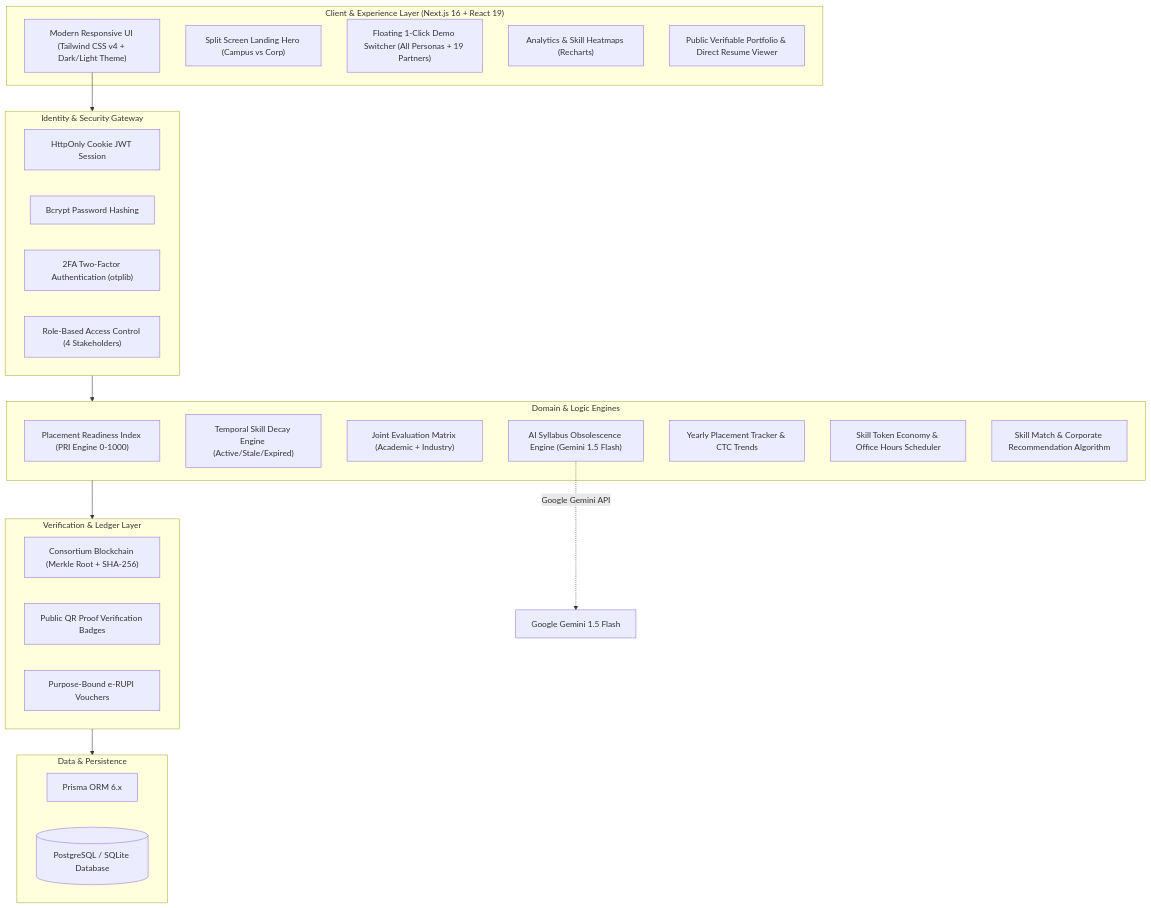
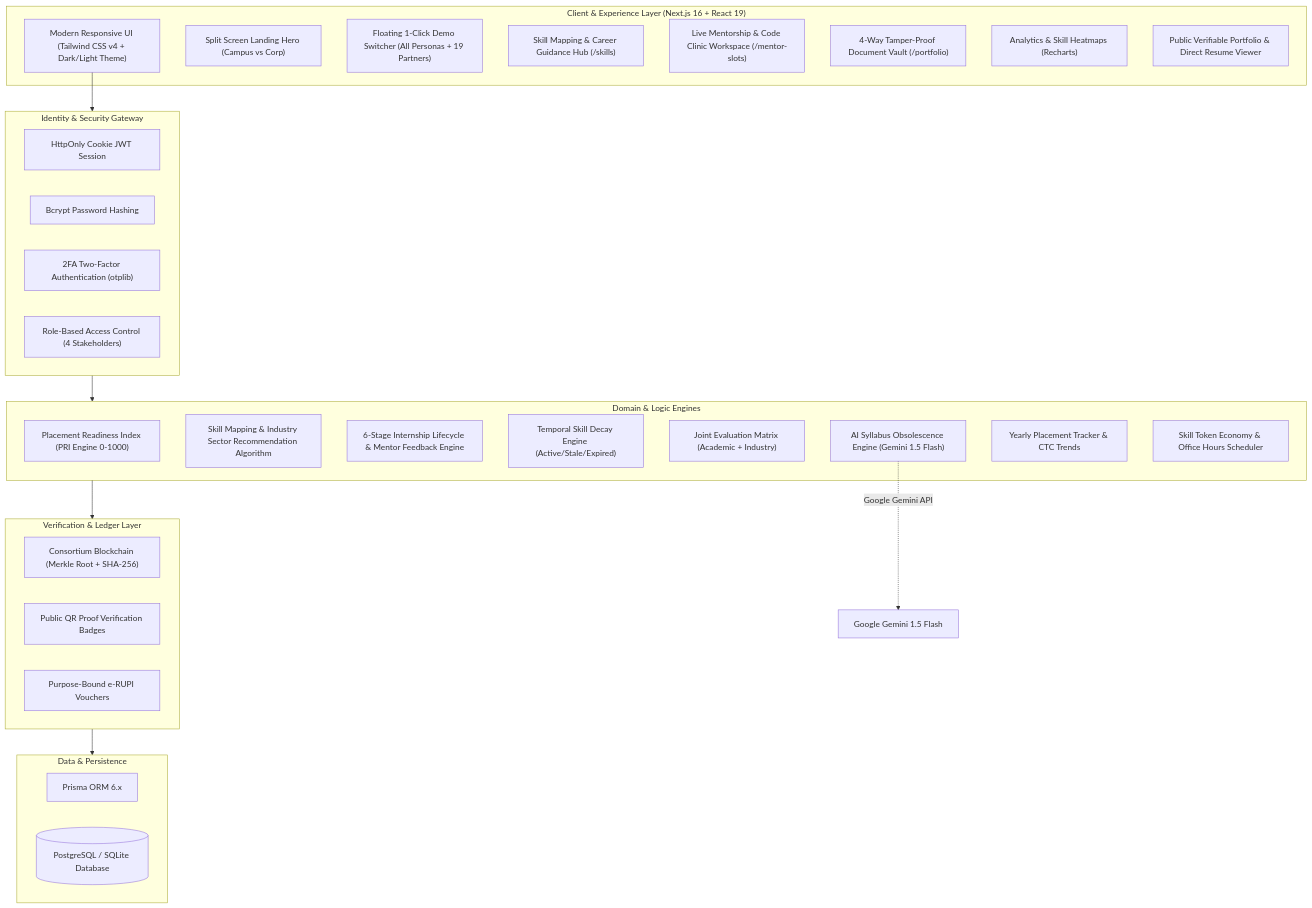
Before and after one commit to Phantom-Coders-Team/SkillBridge: the first of 2 diagrams in README.md, drawn with Mermaid. The commit also changed other lines of this file, not shown here.

Commit message:
docs: update README with 10/10 suite capabilities (skill mapping hub, 6-stage internship lifecycle, 4-way document vault, and live mentorship clinic)

````diff
--- a/README.md
+++ b/README.md
@@ -144,44 +178,48 @@
 ```mermaid
 flowchart TB
     subgraph ClientLayer ["Client & Experience Layer (Next.js 16 + React 19)"]
         UI["Modern Responsive UI (Tailwind CSS v4 + Dark/Light Theme)"]
         SplitHero["Split Screen Landing Hero (Campus vs Corp)"]
         Switcher["Floating 1-Click Demo Switcher (All Personas + 19 Partners)"]
+        SkillMapping["Skill Mapping & Career Guidance Hub (/skills)"]
+        CollabClinic["Live Mentorship & Code Clinic Workspace (/mentor-slots)"]
+        DocVault["4-Way Tamper-Proof Document Vault (/portfolio)"]
         RechartsComp["Analytics & Skill Heatmaps (Recharts)"]
         PublicPortfolio["Public Verifiable Portfolio & Direct Resume Viewer"]
     end
 
     subgraph SecurityLayer ["Identity & Security Gateway"]
         JWT["HttpOnly Cookie JWT Session"]
         Bcrypt["Bcrypt Password Hashing"]
         TOTP["2FA Two-Factor Authentication (otplib)"]
         RBAC["Role-Based Access Control (4 Stakeholders)"]
     end
 
     subgraph CoreEngines ["Domain & Logic Engines"]
         PRI["Placement Readiness Index (PRI Engine 0-1000)"]
+        CareerEngine["Skill Mapping & Industry Sector Recommendation Algorithm"]
+        InternshipEngine["6-Stage Internship Lifecycle & Mentor Feedback Engine"]
         DecayEngine["Temporal Skill Decay Engine (Active/Stale/Expired)"]
         JointGrading["Joint Evaluation Matrix (Academic + Industry)"]
         AuditEngine["AI Syllabus Obsolescence Engine (Gemini 1.5 Flash)"]
         PlacementEngine["Yearly Placement Tracker & CTC Trends"]
         TokenLedger["Skill Token Economy & Office Hours Scheduler"]
-        MatchEngine["Skill Match & Corporate Recommendation Algorithm"]
     end
 
     subgraph VerificationLayer ["Verification & Ledger Layer"]
         Blockchain["Consortium Blockchain (Merkle Root + SHA-256)"]
         QRGen["Public QR Proof Verification Badges"]
         Erupi["Purpose-Bound e-RUPI Vouchers"]
     end
 
     subgraph DataLayer ["Data & Persistence"]
         PrismaORM["Prisma ORM 6.x"]
         PostgresDB[("PostgreSQL / SQLite Database")]
     end
 
     UI --> SecurityLayer
     SecurityLayer --> CoreEngines
     CoreEngines --> VerificationLayer
     VerificationLayer --> DataLayer
     AuditEngine -.->|"Google Gemini API"| ExternalLLM["Google Gemini 1.5 Flash"]
 ```
````
